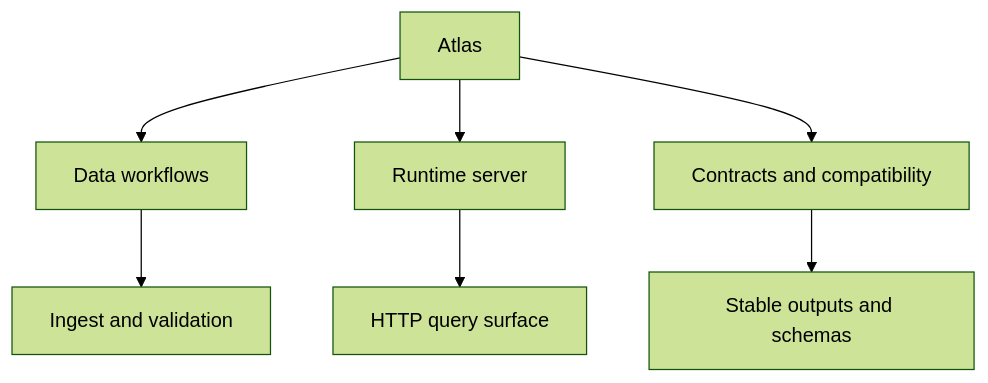
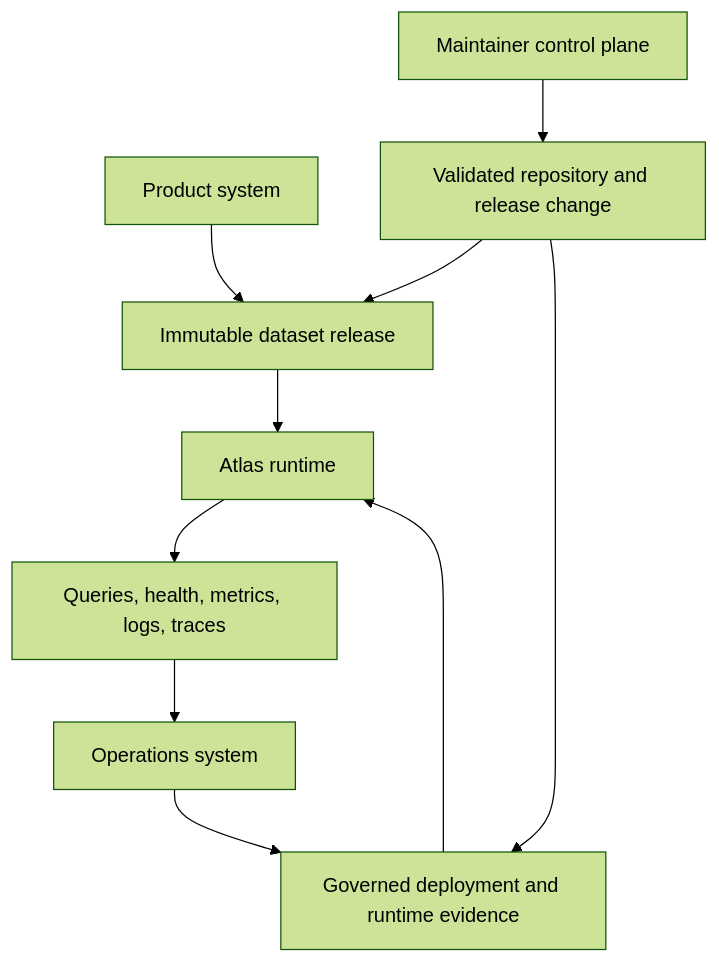
One commit to bijux/bijux-atlas changed the second of 2 diagrams in docs/bijux-atlas/foundations/what-atlas-is.md. Above: the diagram before and after it, drawn with Mermaid (forest theme). The commit also changed other lines of this file and 2 other files, not shown here.

Commit message:
docs(runtime): define product and request architecture

````diff
--- a/docs/bijux-atlas/foundations/what-atlas-is.md
+++ b/docs/bijux-atlas/foundations/what-atlas-is.md
@@ -43,9 +51,12 @@
 ```mermaid
-flowchart TD
-    Atlas[Atlas] --> Data[Data workflows]
-    Atlas --> Runtime[Runtime server]
-    Atlas --> Contracts[Contracts and compatibility]
-    Data --> Ingest[Ingest and validation]
-    Runtime --> Query[HTTP query surface]
-    Contracts --> Stability[Stable outputs and schemas]
+flowchart TB
+    Product[Product system] --> Release[Immutable dataset release]
+    Operations[Operations system] --> Deployment[Governed deployment and runtime evidence]
+    Maintainer[Maintainer control plane] --> Change[Validated repository and release change]
+    Release --> Runtime[Atlas runtime]
+    Deployment --> Runtime
+    Change --> Release
+    Change --> Deployment
+    Runtime --> Evidence[Queries, health, metrics, logs, traces]
+    Evidence --> Operations
 ```
````
